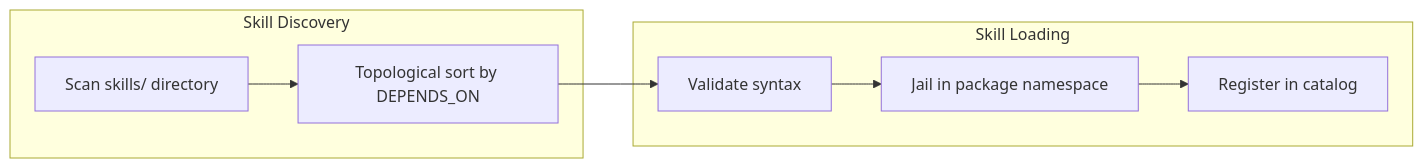
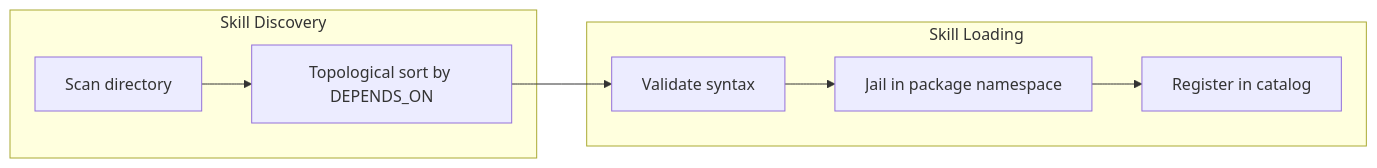
The second of 2 diagrams in harness/skills.org (amrgharbeia/opencortex), drawn with Mermaid before and after one commit. The commit also changed other lines of this file, not shown here.

Commit message:
fix(skills): correct missing closing quote in topological-sort-skills

```diff
--- a/harness/skills.org
+++ b/harness/skills.org
@@ -46,15 +46,15 @@
 #+begin_src mermaid
 flowchart LR
     subgraph Discovery["Skill Discovery"]
-        Scan["Scan skills/ directory"]
+        Scan["Scan  directory"]
         Sort["Topological sort by DEPENDS_ON"]
     end
 
     subgraph Loading["Skill Loading"]
         Validate["Validate syntax"]
         Jail["Jail in package namespace"]
         Register["Register in catalog"]
     end
 
     Scan --> Sort --> Validate --> Jail --> Register
 #+end_src
```
